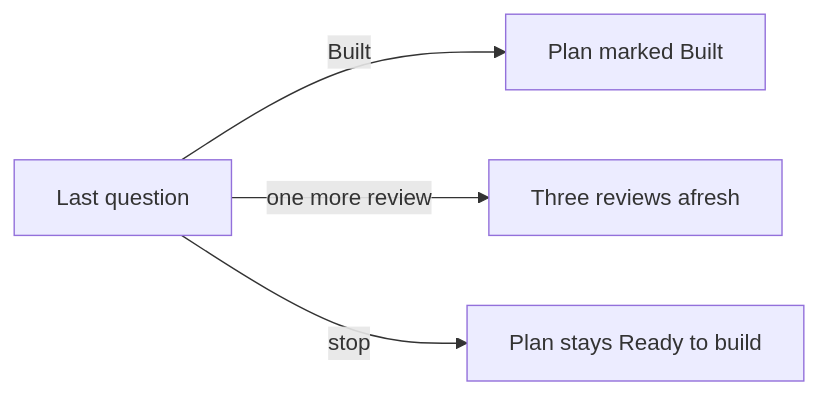
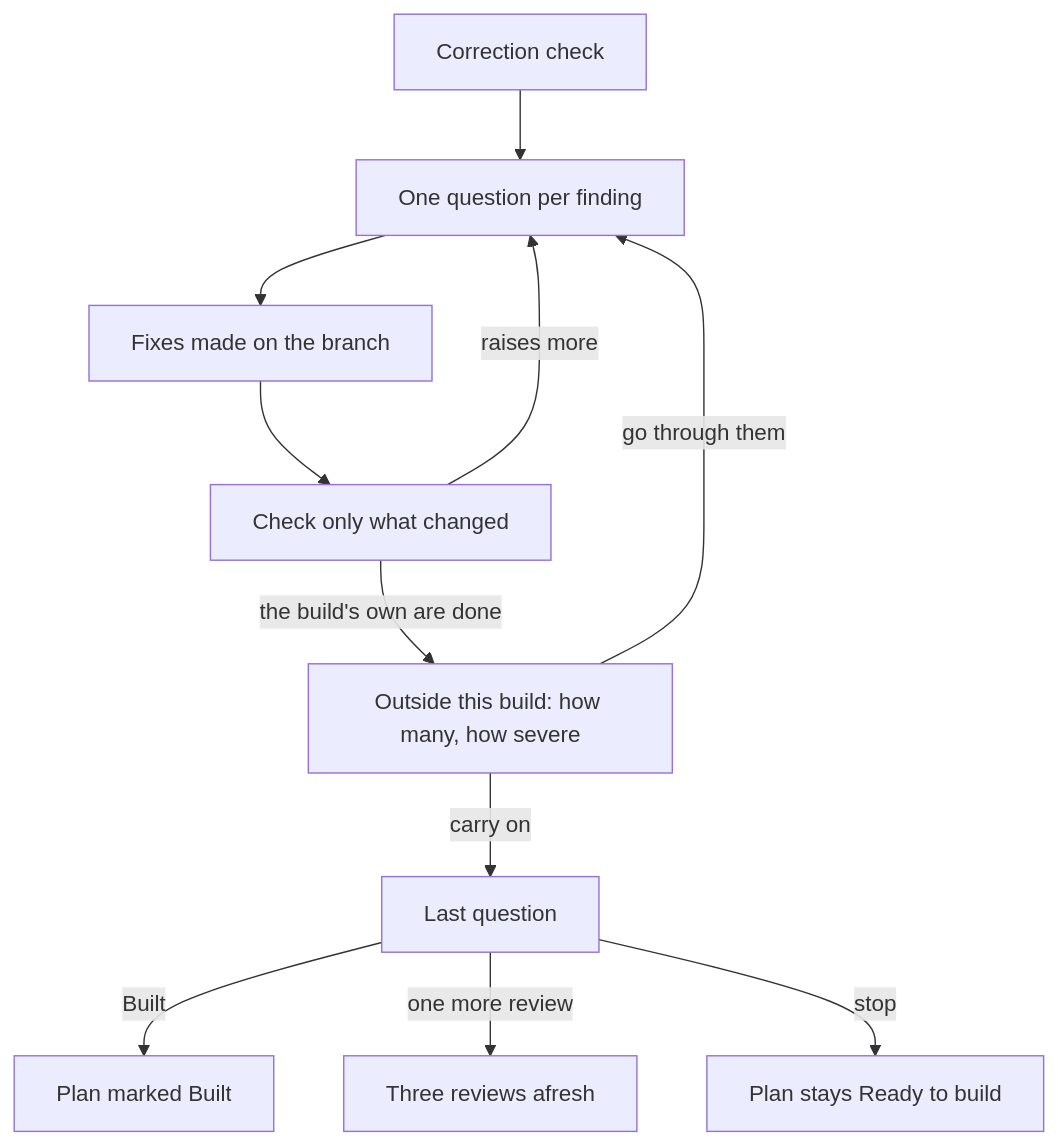
One commit to michaelmarconi/agentic-engineering changed the second of 2 diagrams in docs/skills/build.md. Above: the diagram before and after it, drawn with Mermaid. The commit also changed other lines of this file, not shown here.

Commit message:
Redraw the build page's diagrams top-down, one per flow (#148)

````diff
--- a/docs/skills/build.md
+++ b/docs/skills/build.md
@@ -257,6 +224,13 @@
 ```mermaid
-flowchart LR
-    Last[Last question] -->|Built| Built[Plan marked Built]
+flowchart TD
+    Check[Correction check] --> Ask[One question per finding]
+    Ask --> Fix[Fixes made on the branch]
+    Fix --> Recheck[Check only what changed]
+    Recheck -->|raises more| Ask
+    Recheck -->|the build's own are done| Summary[Outside this build: how many, how severe]
+    Summary -->|go through them| Ask
+    Summary -->|carry on| Last[Last question]
+    Last -->|Built| Built[Plan marked Built]
     Last -->|one more review| Reviews[Three reviews afresh]
     Last -->|stop| Ready[Plan stays Ready to build]
 ```
````
